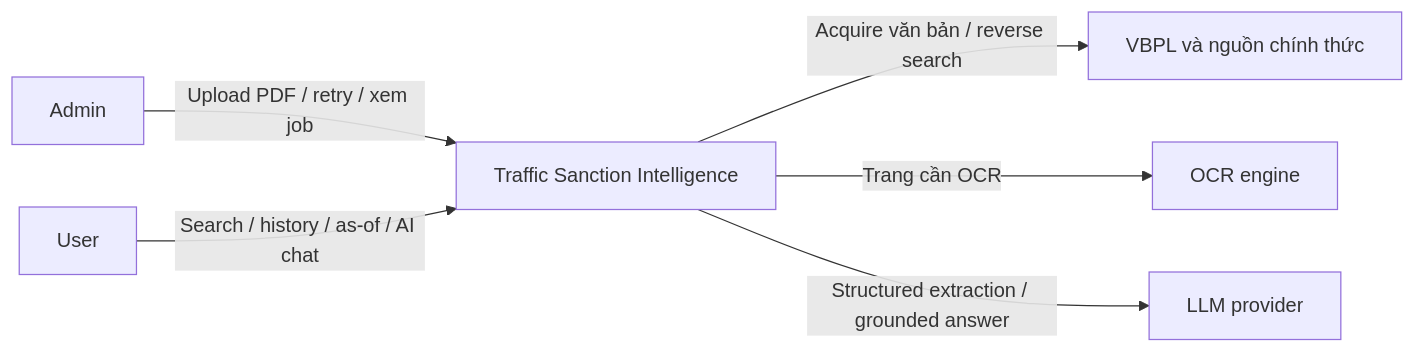
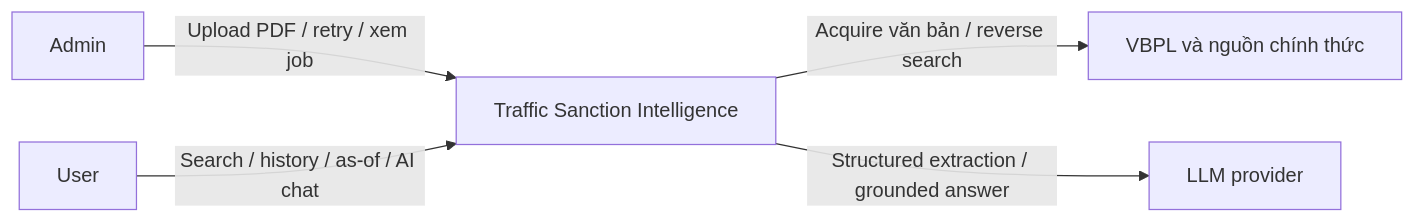
One commit to NamPE286/INT3011E_6 changed the fifth of 44 diagrams in docs/srs.md. Above: the diagram before and after it, drawn with Mermaid. The commit also changed other lines of this file and 1 other file, not shown here.

````diff
--- a/docs/srs.md
+++ b/docs/srs.md
@@ -453,8 +458,7 @@
 ```mermaid
 flowchart LR
     Admin["Admin"] -->|"Upload PDF / retry / xem job"| System["Traffic Sanction Intelligence"]
     User["User"] -->|"Search / history / as-of / AI chat"| System
     System -->|"Acquire văn bản / reverse search"| Source["VBPL và nguồn chính thức"]
-    System -->|"Trang cần OCR"| OCR["OCR engine"]
     System -->|"Structured extraction / grounded answer"| LLM["LLM provider"]
 ```
````
